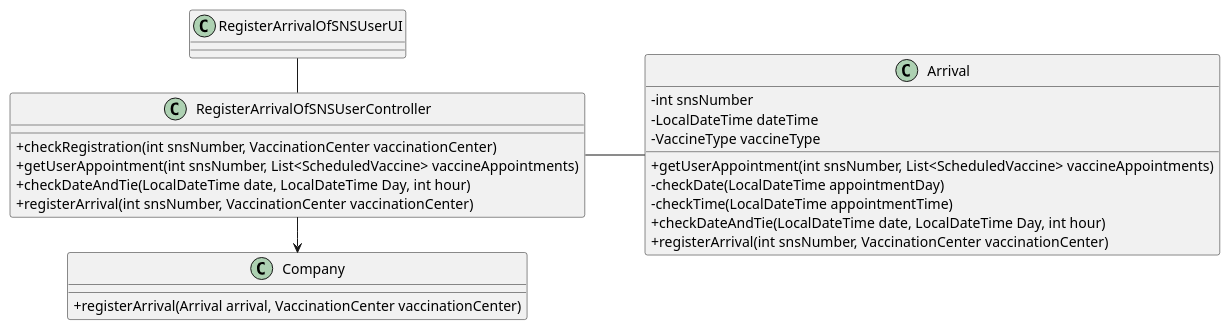
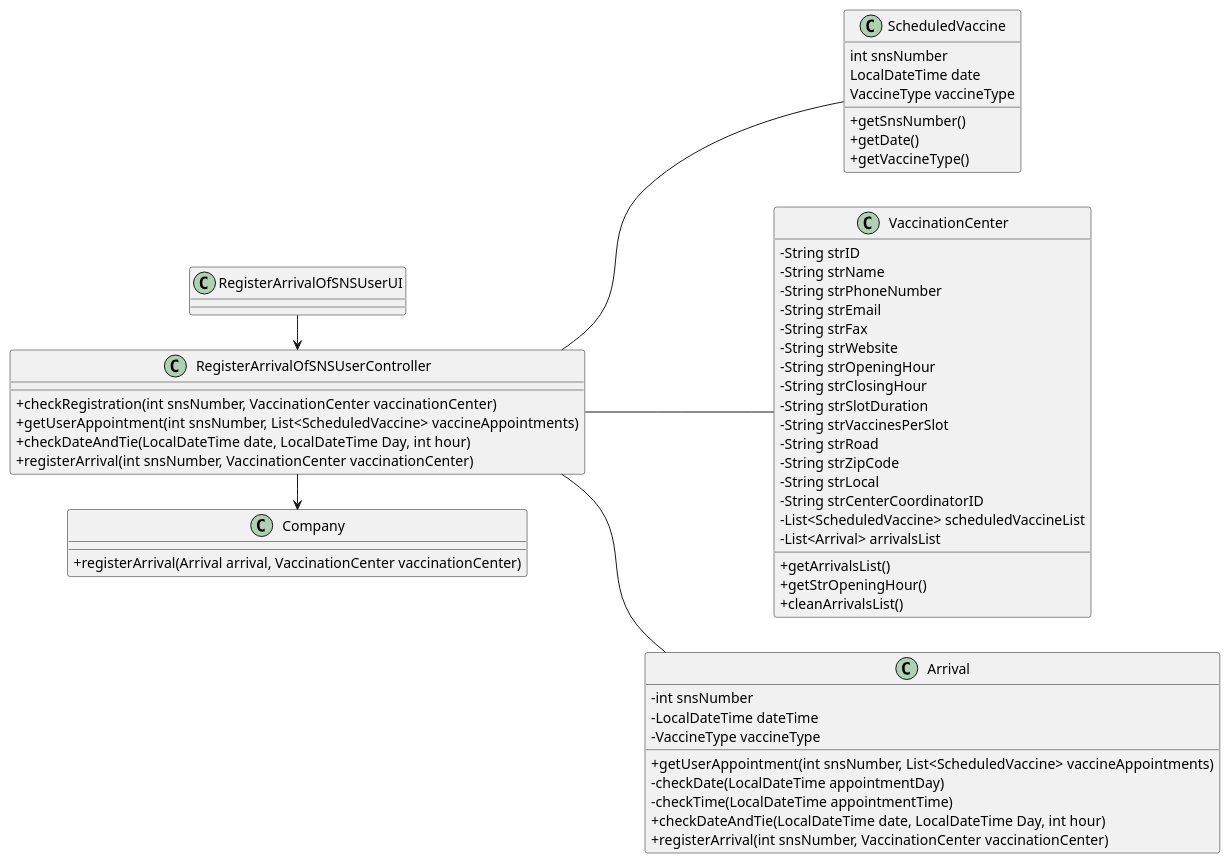
Before and after one commit to Pirussa/lei-22-s2-1da-g02: the diagram in docs/SprintC/US004/US004_CD.puml, drawn with PlantUML. The commit also changed 4 other files, not shown here.

Commit message:
US004 - Design improvements on the Class Diagram (Class VaccinationCenter and ScheduleVaccine were added) and modifications on System Diagram (Date and Time now just Date) Implementation - Class Company no longer needed

```diff
--- a/docs/SprintC/US004/US004_CD.puml
+++ b/docs/SprintC/US004/US004_CD.puml
@@ -1,38 +1,71 @@
 @startuml
 'https://plantuml.com/class-diagram
 
 skinparam classAttributeIconSize 0
 
 class Company {
 +registerArrival(Arrival arrival, VaccinationCenter vaccinationCenter)
+}
+
+class ScheduledVaccine {
+int snsNumber
+LocalDateTime date
+VaccineType vaccineType
++getSnsNumber()
++getDate()
++getVaccineType()
+}
+
+class VaccinationCenter {
+-String strID
+-String strName
+-String strPhoneNumber
+-String strEmail
+-String strFax
+-String strWebsite
+-String strOpeningHour
+-String strClosingHour
+-String strSlotDuration
+-String strVaccinesPerSlot
+-String strRoad
+-String strZipCode
+-String strLocal
+-String strCenterCoordinatorID
+-List<ScheduledVaccine> scheduledVaccineList
+-List<Arrival> arrivalsList
++getArrivalsList()
++getStrOpeningHour()
++cleanArrivalsList()
 }
 
 
 class RegisterArrivalOfSNSUserUI
 
 class RegisterArrivalOfSNSUserController{
 +checkRegistration(int snsNumber, VaccinationCenter vaccinationCenter)
 +getUserAppointment(int snsNumber, List<ScheduledVaccine> vaccineAppointments)
 +checkDateAndTie(LocalDateTime date, LocalDateTime Day, int hour)
 +registerArrival(int snsNumber, VaccinationCenter vaccinationCenter)
 }
 
 class Arrival {
 -int snsNumber
 -LocalDateTime dateTime
 -VaccineType vaccineType
 +getUserAppointment(int snsNumber, List<ScheduledVaccine> vaccineAppointments)
 -checkDate(LocalDateTime appointmentDay)
 -checkTime(LocalDateTime appointmentTime)
 +checkDateAndTie(LocalDateTime date, LocalDateTime Day, int hour)
 +registerArrival(int snsNumber, VaccinationCenter vaccinationCenter)
 }
 
 
 left to right direction
 
 RegisterArrivalOfSNSUserController -> Company
 RegisterArrivalOfSNSUserController -- Arrival
-RegisterArrivalOfSNSUserUI - RegisterArrivalOfSNSUserController
+RegisterArrivalOfSNSUserController -- VaccinationCenter
+RegisterArrivalOfSNSUserController -- ScheduledVaccine
+RegisterArrivalOfSNSUserUI -> RegisterArrivalOfSNSUserController
 
 @enduml
```
